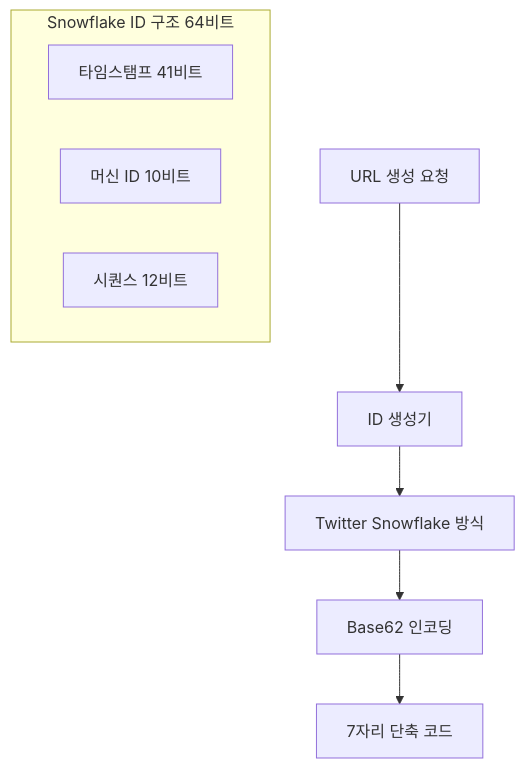
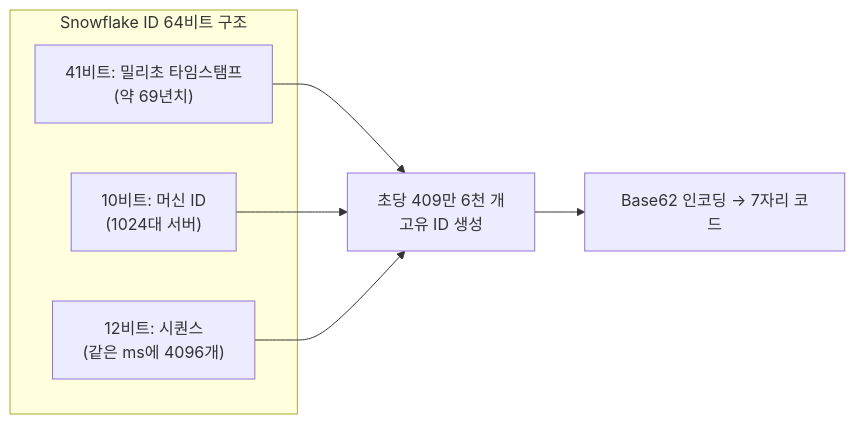
The first of 7 diagrams in _posts/systemdesign/2026-05-02-system-design-url-shortener.md (yjkim2015/yjkim2015.github.io), drawn with Mermaid before and after one commit. The commit also changed other lines of this file and 122 other files, not shown here.

````diff
--- a/_posts/systemdesign/2026-05-02-system-design-url-shortener.md
+++ b/_posts/systemdesign/2026-05-02-system-design-url-shortener.md
@@ -116,14 +88,12 @@
 ```mermaid
-graph TD
-    Request["URL 생성 요청"] --> IDGen["ID 생성기"]
-    IDGen --> Snowflake["Twitter Snowflake 방식"]
-
-    subgraph "Snowflake ID 구조 64비트"
-        T["타임스탬프 41비트"]
-        M["머신 ID 10비트"]
-        S["시퀀스 12비트"]
+graph LR
+    subgraph "Snowflake ID 64비트 구조"
+        T["41비트: 밀리초 타임스탬프<br>(약 69년치)"]
+        M["10비트: 머신 ID<br>(1024대 서버)"]
+        S["12비트: 시퀀스<br>(같은 ms에 4096개)"]
     end
-
-    Snowflake --> Base62["Base62 인코딩"]
-    Base62 --> ShortURL["7자리 단축 코드"]
+    T --> ID["초당 409만 6천 개<br>고유 ID 생성"]
+    M --> ID
+    S --> ID
+    ID --> BASE62["Base62 인코딩 → 7자리 코드"]
 ```
````
